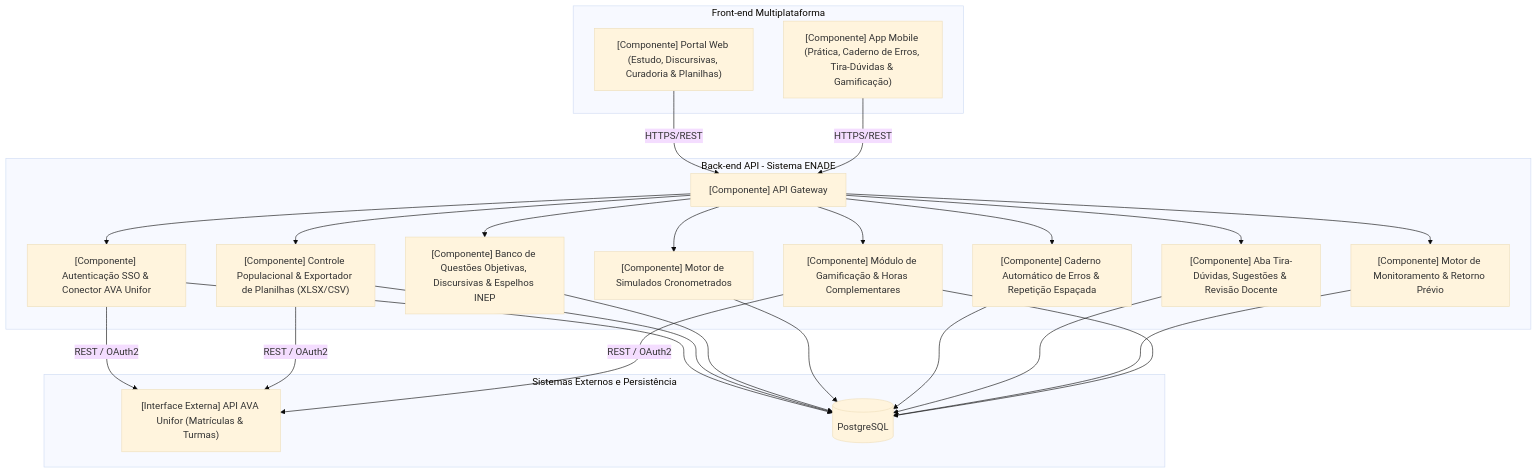
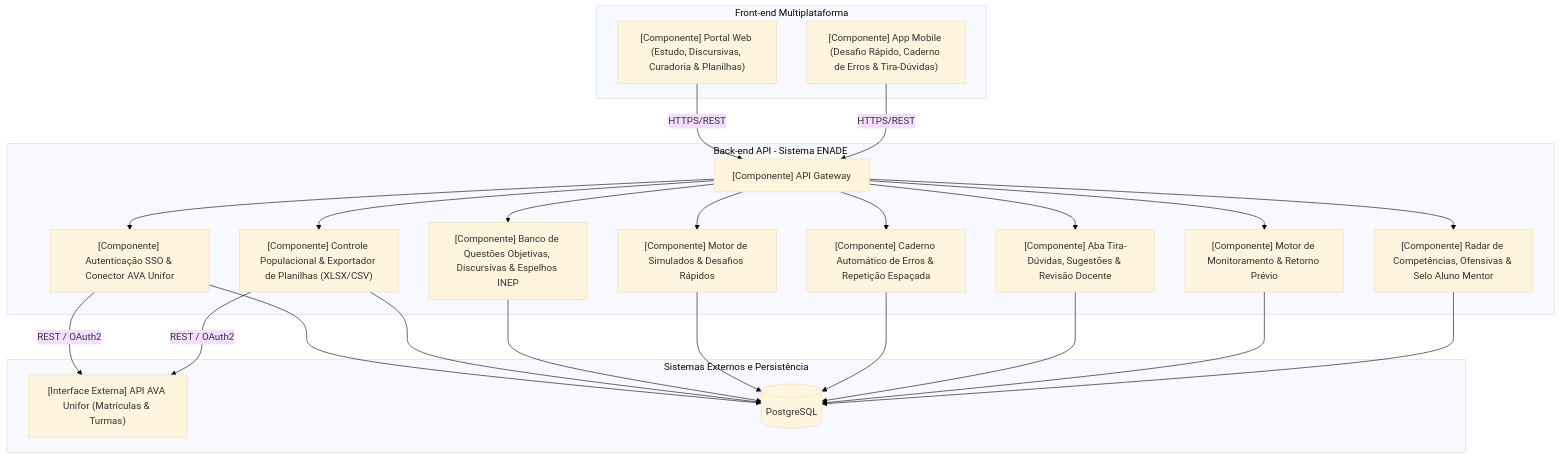
The second of 3 diagrams in README.md (joaohgabriell/sistema-apoio-enade-unifor), drawn with Mermaid (base theme) before and after one commit. The commit also changed other lines of this file, not shown here.

Commit message:
refactor: substitui incentivos externos por microlearning, radar de competencias e engajamento academico

```diff
--- a/README.md
+++ b/README.md
@@ -153,27 +152,27 @@
 ~~~mermaid
 flowchart TB
     subgraph Front-end Multiplataforma
         Web["[Componente] Portal Web (Estudo, Discursivas, Curadoria & Planilhas)"]
-        Mob["[Componente] App Mobile (Prática, Caderno de Erros, Tira-Dúvidas & Gamificação)"]
+        Mob["[Componente] App Mobile (Desafio Rápido, Caderno de Erros & Tira-Dúvidas)"]
     end
     subgraph Back-end API - Sistema ENADE
         API["[Componente] API Gateway"]
         Auth["[Componente] Autenticação SSO & Conector AVA Unifor"]
         PopCtrl["[Componente] Controle Populacional & Exportador de Planilhas (XLSX/CSV)"]
         BancoQ["[Componente] Banco de Questões Objetivas, Discursivas & Espelhos INEP"]
-        Sim["[Componente] Motor de Simulados Cronometrados"]
+        Sim["[Componente] Motor de Simulados & Desafios Rápidos"]
         CadErros["[Componente] Caderno Automático de Erros & Repetição Espaçada"]
         TiraDuvidas["[Componente] Aba Tira-Dúvidas, Sugestões & Revisão Docente"]
         Monit["[Componente] Motor de Monitoramento & Retorno Prévio"]
-        Gamif["[Componente] Módulo de Gamificação & Horas Complementares"]
+        Engaj["[Componente] Radar de Competências, Ofensivas & Selo Aluno Mentor"]
     end
     subgraph Sistemas Externos e Persistência
         AVA_API["[Interface Externa] API AVA Unifor (Matrículas & Turmas)"]
         DB[("PostgreSQL")]
     end
 
     Web & Mob -->|HTTPS/REST| API
-    API --> Auth & PopCtrl & BancoQ & Sim & CadErros & TiraDuvidas & Monit & Gamif
-    Auth & PopCtrl & Gamif -->|REST / OAuth2| AVA_API
-    Auth & PopCtrl & BancoQ & Sim & CadErros & TiraDuvidas & Monit & Gamif --> DB
+    API --> Auth & PopCtrl & BancoQ & Sim & CadErros & TiraDuvidas & Monit & Engaj
+    Auth & PopCtrl -->|REST / OAuth2| AVA_API
+    Auth & PopCtrl & BancoQ & Sim & CadErros & TiraDuvidas & Monit & Engaj --> DB
 ~~~
```
